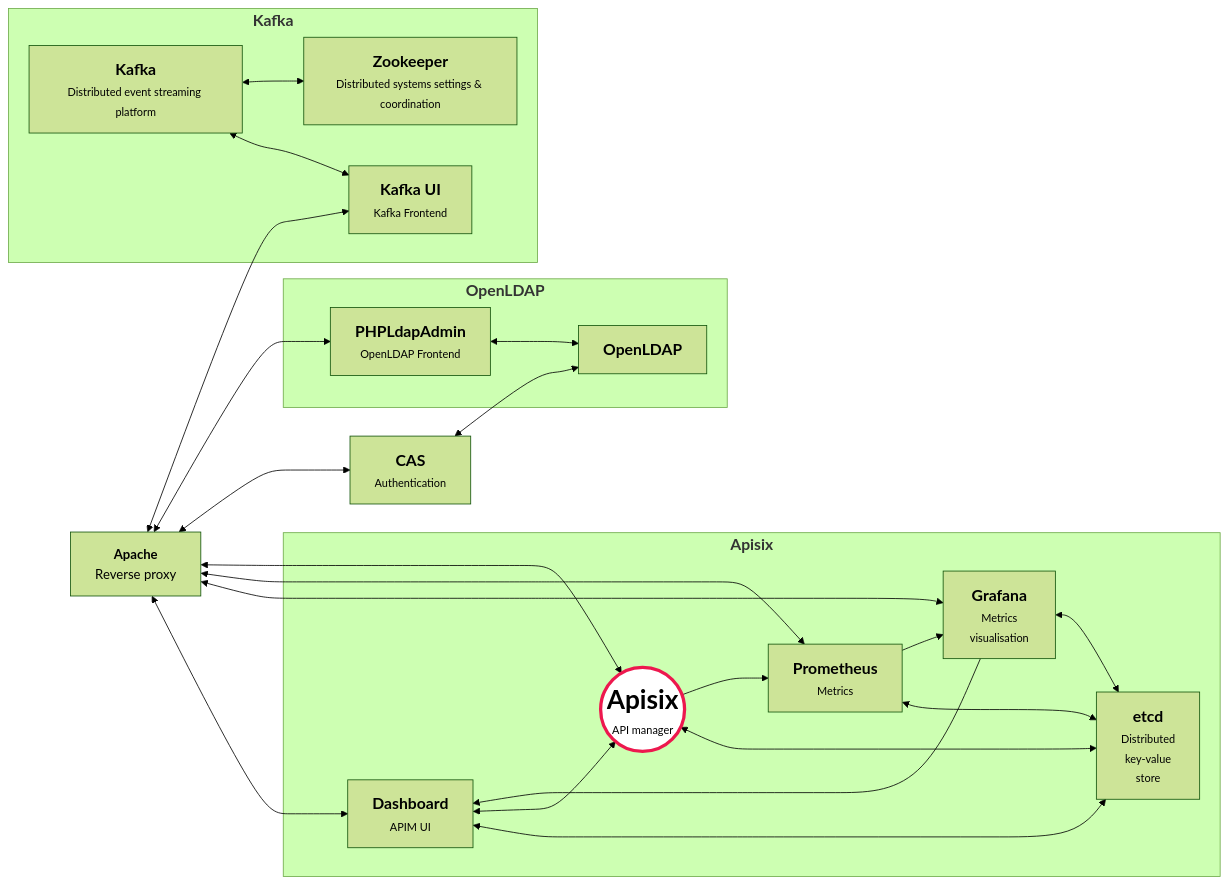
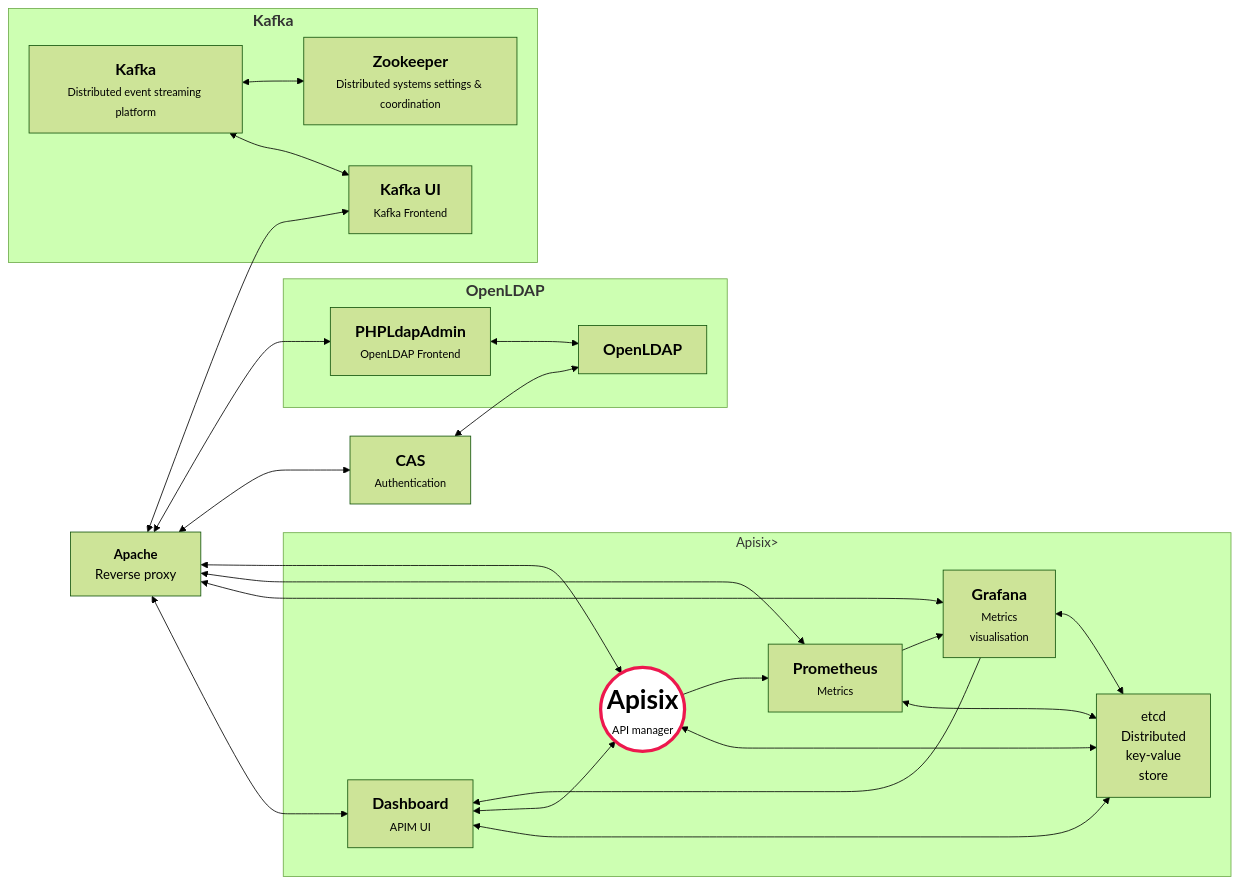
Before and after one commit to avenirs-esr/srv-dev: the diagram in README.md, drawn with Mermaid (forest theme).

Commit message:
fix: try to fix maimaid issue

````diff
--- a/README.md
+++ b/README.md
@@ -16,44 +16,44 @@
 ```mermaid
 graph LR;
-subgraph apisix[<big><strong>Apisix<br/></strong></big>]
-  apx_etcd["<big><strong>etcd</strong></big><br/><small>Distributed<br/>key-value<br/>store</small>"] 
+subgraph apisix[Apisix>]
+  apx_etcd[etcd<br/>Distributed<br/>key-value<br/>store] 
   apx_ui["<big><strong>Dashboard</strong></big><br/><small>APIM UI<small>"] <--> apx_etcd
   apx_grafana["<big><strong>&nbsp;Grafana&nbsp;</strong></big><br/><small>Metrics<br/>visualisation</small>"] <--> apx_etcd
   apx_prometheus["<big><strong>Prometheus</strong></big><br/><small>Metrics</small>"] <--> apx_etcd
   apx_core(("<big><strong><font size=6em>Apisix</font></strong></big><br/><small>API manager</small>")) <--> apx_etcd
 
   apx_grafana --> apx_ui
   apx_prometheus --> apx_grafana
   apx_ui <--> apx_core -->apx_prometheus
 end 
 
 cas["<big ><strong>CAS</strong></big><br/><small>Authentication</small>"] 
 
 subgraph openldap["<big><strong>OpenLDAP<br/></strong></big>"]
   oldap_openldap["<big><strong>OpenLDAP</strong></big><br/>"] 
   oldap_phpldapadmin["<big><strong>PHPLdapAdmin</strong></big><br/><small>OpenLDAP Frontend</small>"] 
   oldap_phpldapadmin<-->oldap_openldap
 end
 apache["<strong>Apache</strong><br/>Reverse proxy</strong>"] 
 
 subgraph kafka["<big><strong>Kafka<br/></strong></big>"]
   kfk_kafka["<big><strong>Kafka</strong></big><br/><small>Distributed event streaming platform</small>"] 
   kfk_kafka_ui["<big><strong>Kafka UI</strong></big><br/><small>Kafka Frontend</small>"] 
   kfk_zookeeper["<big><strong>Zookeeper</strong></big><br/><small>Distributed systems settings &amp; coordination</small>"] 
   kfk_kafka<-->kfk_kafka_ui
   kfk_kafka<-->kfk_zookeeper
 end
 
 cas <--> oldap_openldap
 apache  <--> apx_ui
 apache  <--> apx_grafana
 apache  <--> apx_prometheus
 apache  <--> apx_core
 apache <--> cas 
 apache <--> oldap_phpldapadmin
 apache <--> kfk_kafka_ui
 
 apache["<strong>Apache</strong><br/>Reverse proxy</strong>"] 
 classDef main fill:white,stroke:#ed184e,stroke-width:4px, min-width:2000px
 class apx_core main
 ```
````
